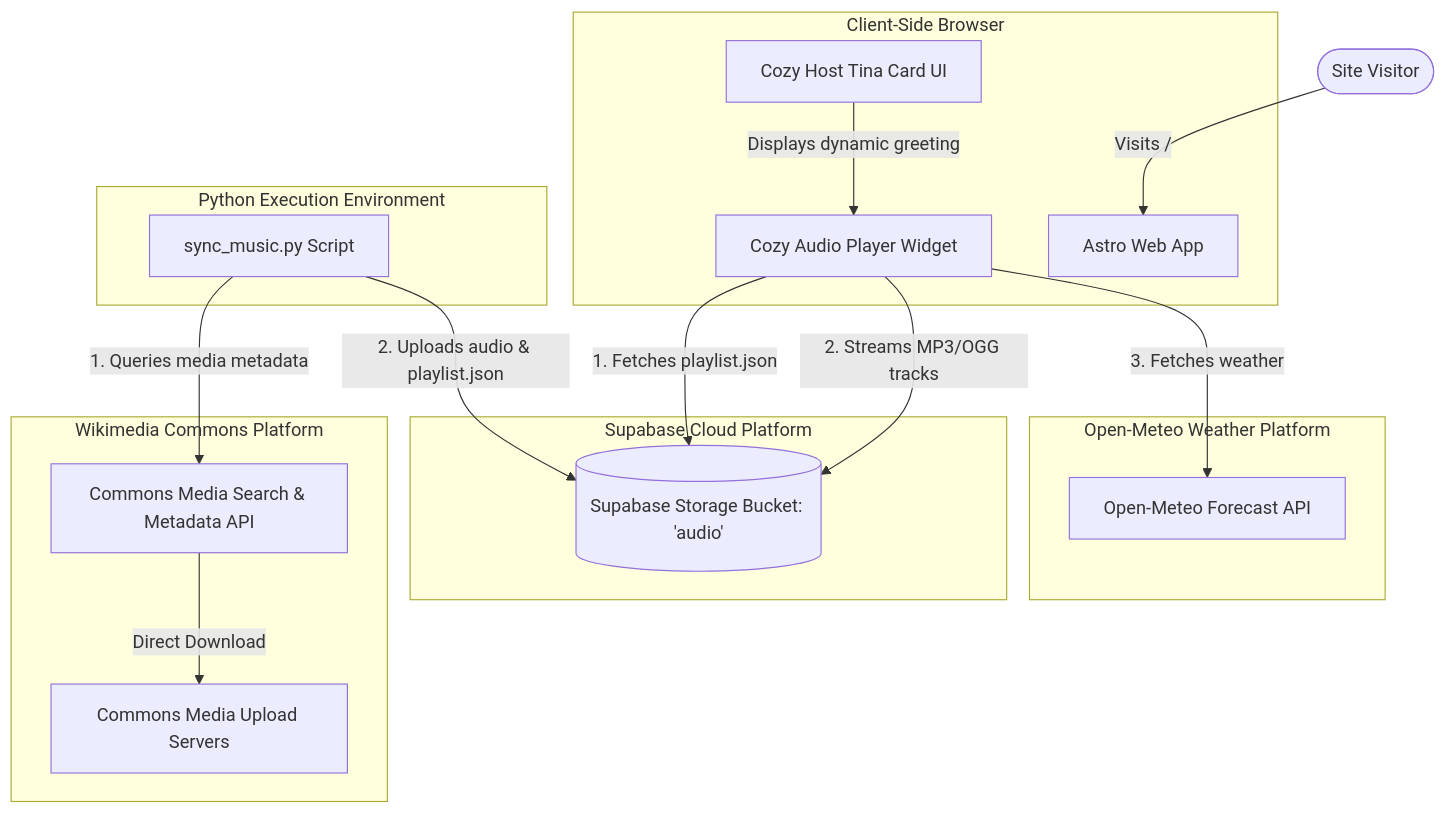
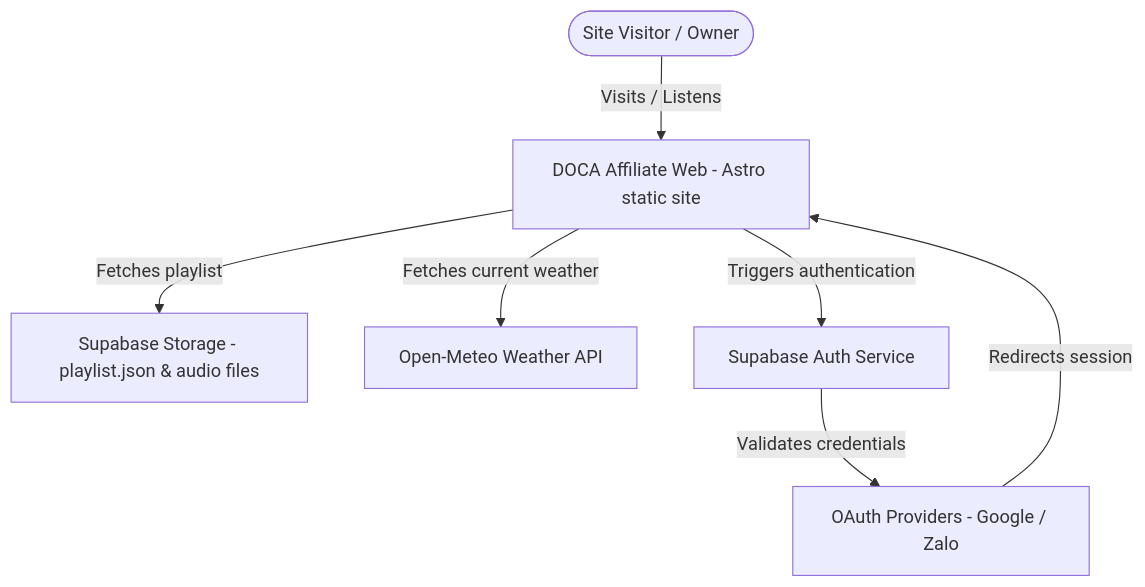
Before and after one commit to capcattech-stack/doca-umbrella-workspace: the first of 3 diagrams in docs/planning/diagrams.md, drawn with Mermaid. The commit also changed other lines of this file and 42 other files, not shown here.

````diff
--- a/docs/planning/diagrams.md
+++ b/docs/planning/diagrams.md
@@ -9,37 +7,16 @@
 ```mermaid
 graph TD
-    User([Site Visitor])
-    
-    subgraph Client [Client-Side Browser]
-        Astro[Astro Web App]
-        Player[Cozy Audio Player Widget]
-        HostCard[Cozy Host Tina Card UI]
-    end
-    
-    subgraph Supabase [Supabase Cloud Platform]
-        Storage[(Supabase Storage Bucket: 'audio')]
-    end
-    
-    subgraph OpenMeteo [Open-Meteo Weather Platform]
-        Meteo_API[Open-Meteo Forecast API]
-    end
-    
-    subgraph Wikimedia [Wikimedia Commons Platform]
-        WM_API[Commons Media Search & Metadata API]
-        WM_S3[Commons Media Upload Servers]
-    end
-    
-    subgraph ScriptEnv [Python Execution Environment]
-        SyncScript[sync_music.py Script]
-    end
-    
-    User -->|Visits /| Astro
-    Player -->|1. Fetches playlist.json| Storage
-    Player -->|2. Streams MP3/OGG tracks| Storage
-    Player -->|3. Fetches weather| Meteo_API
-    HostCard -->|Displays dynamic greeting| Player
-    
-    SyncScript -->|1. Queries media metadata| WM_API
-    WM_API -->|Direct Download| WM_S3
-    SyncScript -->|2. Uploads audio & playlist.json| Storage
+    User([Site Visitor / Owner])
+    Web[DOCA Affiliate Web - Astro static site]
+    SupaStorage[Supabase Storage - playlist.json & audio files]
+    Meteo[Open-Meteo Weather API]
+    SupaAuth[Supabase Auth Service]
+    OAuth[OAuth Providers - Google / Zalo]
+
+    User -->|Visits / Listens| Web
+    Web -->|Fetches playlist| SupaStorage
+    Web -->|Fetches current weather| Meteo
+    Web -->|Triggers authentication| SupaAuth
+    SupaAuth -->|Validates credentials| OAuth
+    OAuth -->|Redirects session| Web
 ```
````
